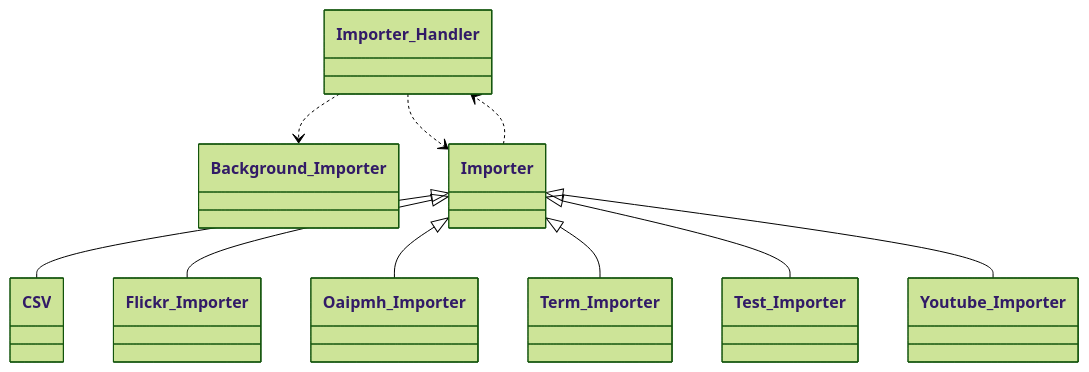
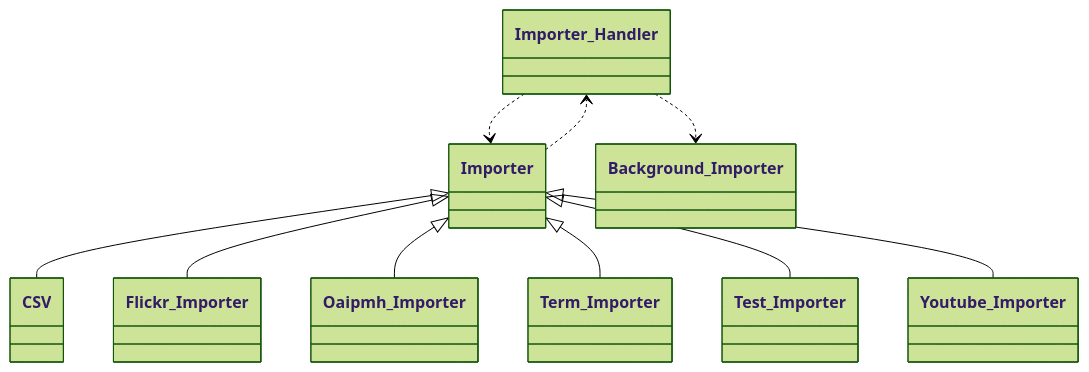
The eighth of 13 diagrams in docs/phpdoc/Home.md (tainacan/tainacan), drawn with Mermaid (forest theme) before and after one commit. The commit also changed other lines of this file and 100 other files, not shown here.

````diff
--- a/docs/phpdoc/Home.md
+++ b/docs/phpdoc/Home.md
@@ -547,22 +547,22 @@
 ```mermaid
 classDiagram
     direction TB
-    class Oaipmh_Importer { }
-    class Term_Importer { }
-    class Youtube_Importer { }
     class Importer_Handler { }
     class Test_Importer { }
+    class Flickr_Importer { }
+    class Importer { }
     class CSV { }
+    class Term_Importer { }
+    class Oaipmh_Importer { }
+    class Youtube_Importer { }
     class Background_Importer { }
-    class Importer { }
-    class Flickr_Importer { }
     Importer ..> Importer_Handler
     Importer <|-- CSV
     Importer <|-- Flickr_Importer
     Importer <|-- Oaipmh_Importer
     Importer <|-- Term_Importer
     Importer <|-- Test_Importer
     Importer <|-- Youtube_Importer
     Importer_Handler ..> Background_Importer
     Importer_Handler ..> Importer
 ```
````
